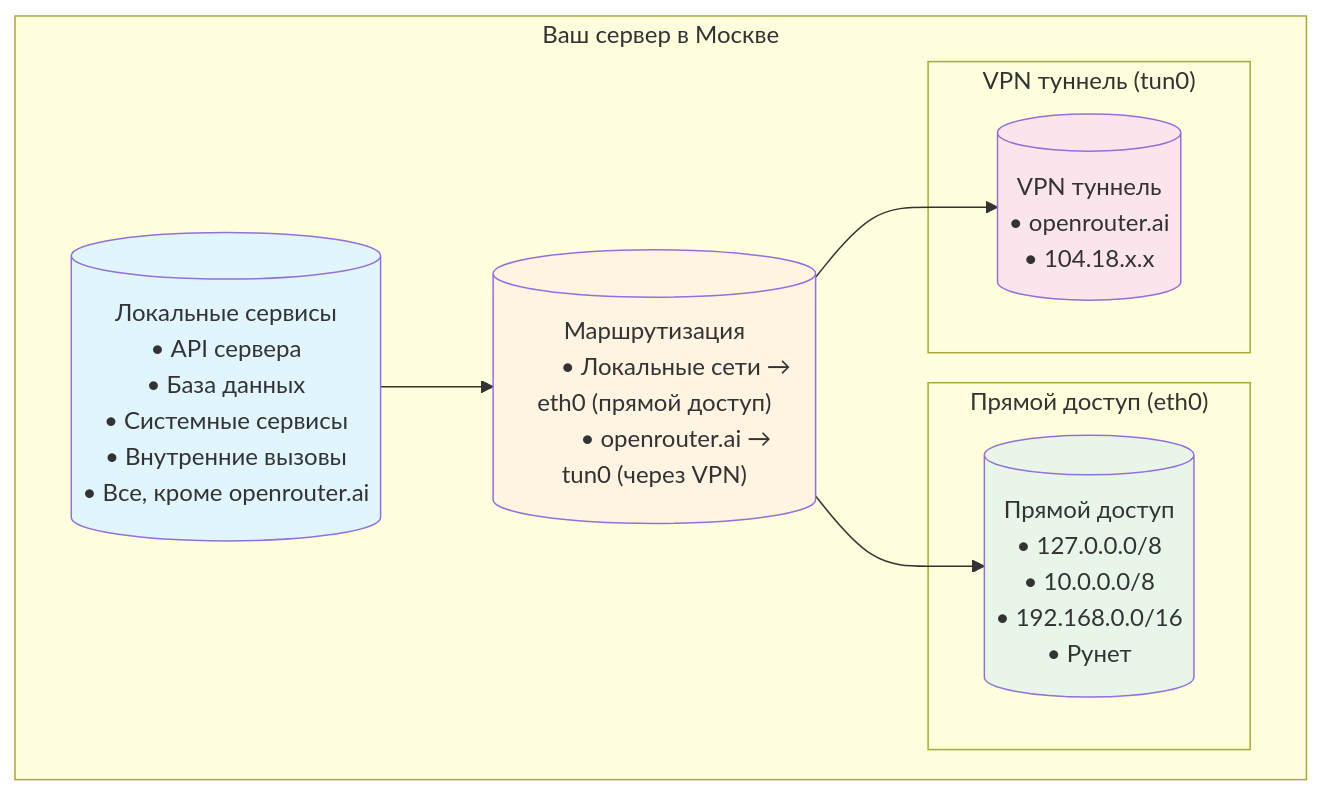
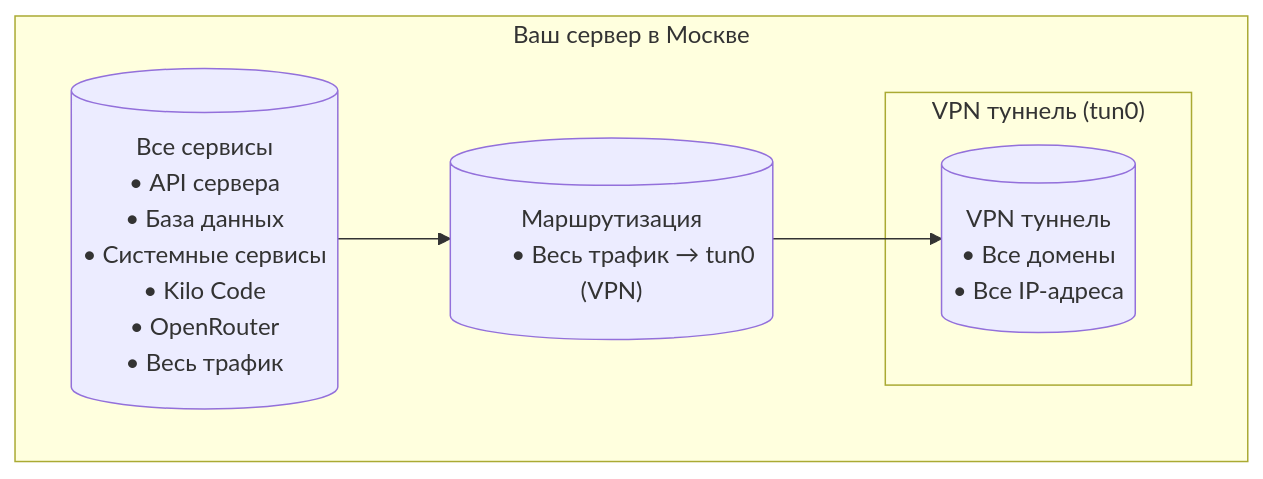
Before and after one commit to Lifelong-Learning-Assisttant/vpn-utils: the diagram in docs/network_architecture.md, drawn with Mermaid. The commit also changed other lines of this file and 5 other files, not shown here.

Commit message:
docs: перешли на стратегию весь трафик через VPN кроме ssh

````diff
--- a/docs/network_architecture.md
+++ b/docs/network_architecture.md
@@ -19,38 +17,24 @@
 ```mermaid
 graph TB
     subgraph "Ваш сервер в Москве"
-        LS[("Локальные сервисы
+        LS[("Все сервисы
         • API сервера
         • База данных
         • Системные сервисы
-        • Внутренние вызовы
-        • Все, кроме openrouter.ai")]
+        • Kilo Code
+        • OpenRouter
+        • Весь трафик")]
         
         MR[("Маршрутизация
-        • Локальные сети → eth0 (прямой доступ)
-        • openrouter.ai → tun0 (через VPN)")]
-        
-        subgraph "Прямой доступ (eth0)"
-            PD[("Прямой доступ
-            • 127.0.0.0/8
-            • 10.0.0.0/8
-            • 192.168.0.0/16
-            • Рунет")]
-        end
+        • Весь трафик → tun0 (VPN)")]
         
         subgraph "VPN туннель (tun0)"
             VPN[("VPN туннель
-            • openrouter.ai
-            • 104.18.x.x")]
+            • Все домены
+            • Все IP-адреса")]
         end
         
         LS --> MR
-        MR --> PD
         MR --> VPN
     end
-    
-    style LS fill:#e1f5ff
-    style MR fill:#fff4e1
-    style PD fill:#e8f5e9
-    style VPN fill:#fce4ec
 ```
````
